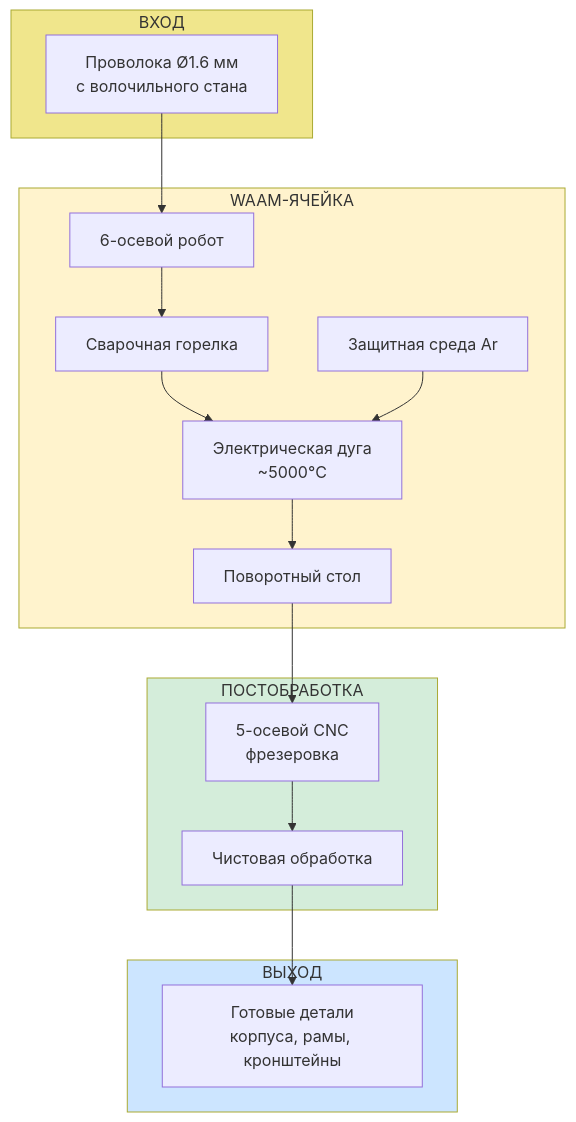
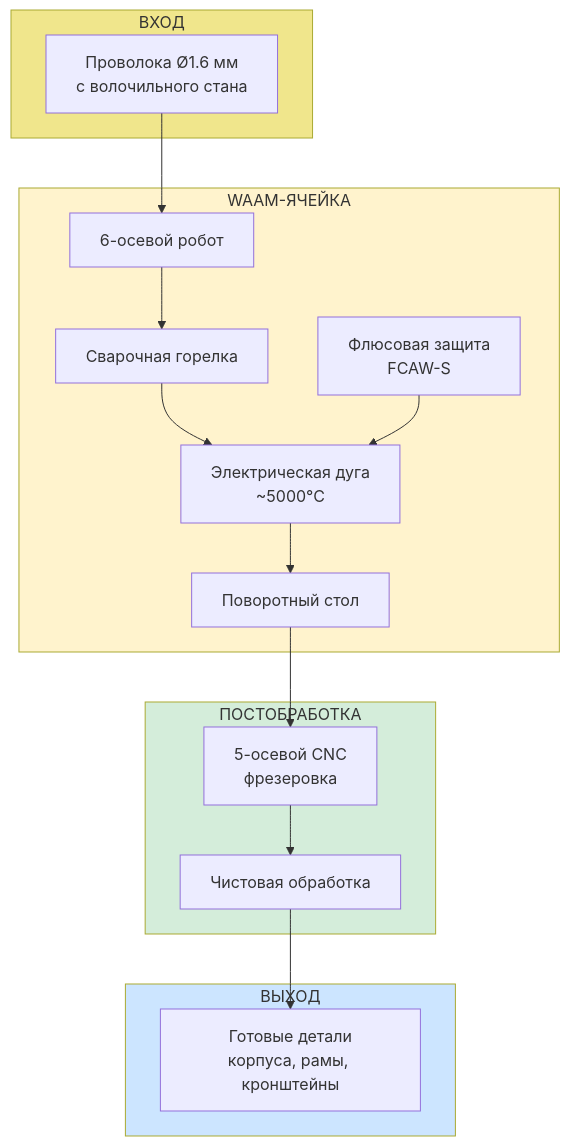
One commit to DmitryNasikanov/infinite-energy changed the diagram in ru/science/detailed/production/factories/elements/waam.qmd. Above: the diagram before and after it, drawn with Mermaid. The commit also changed other lines of this file and 71 other files, not shown here.

````diff
--- a/ru/science/detailed/production/factories/elements/waam.qmd
+++ b/ru/science/detailed/production/factories/elements/waam.qmd
@@ -23,37 +23,37 @@
 ```{mermaid}
 flowchart TD
     subgraph INPUT["ВХОД"]
         WIRE["Проволока Ø1.6 мм<br/>с волочильного стана"]
     end
 
     subgraph WAAM_CELL["WAAM-ЯЧЕЙКА"]
         ROBOT["6-осевой робот"]
         TORCH["Сварочная горелка"]
         ARC["Электрическая дуга<br/>~5000°C"]
-        ARGON["Защитная среда Ar"]
+        FLUX["Флюсовая защита<br/>FCAW-S"]
         TABLE["Поворотный стол"]
     end
 
     subgraph POST["ПОСТОБРАБОТКА"]
         CNC["5-осевой CNC<br/>фрезеровка"]
         FINISH["Чистовая обработка"]
     end
 
     subgraph OUTPUT["ВЫХОД"]
         PARTS["Готовые детали<br/>корпуса, рамы, кронштейны"]
     end
 
     WIRE --> ROBOT
     ROBOT --> TORCH
     TORCH --> ARC
-    ARGON --> ARC
+    FLUX --> ARC
     ARC --> TABLE
     TABLE --> CNC
     CNC --> FINISH
     FINISH --> PARTS
 
     style INPUT fill:#f0e68c
     style WAAM_CELL fill:#fff3cd
     style POST fill:#d4edda
     style OUTPUT fill:#cce5ff
 ```
````
